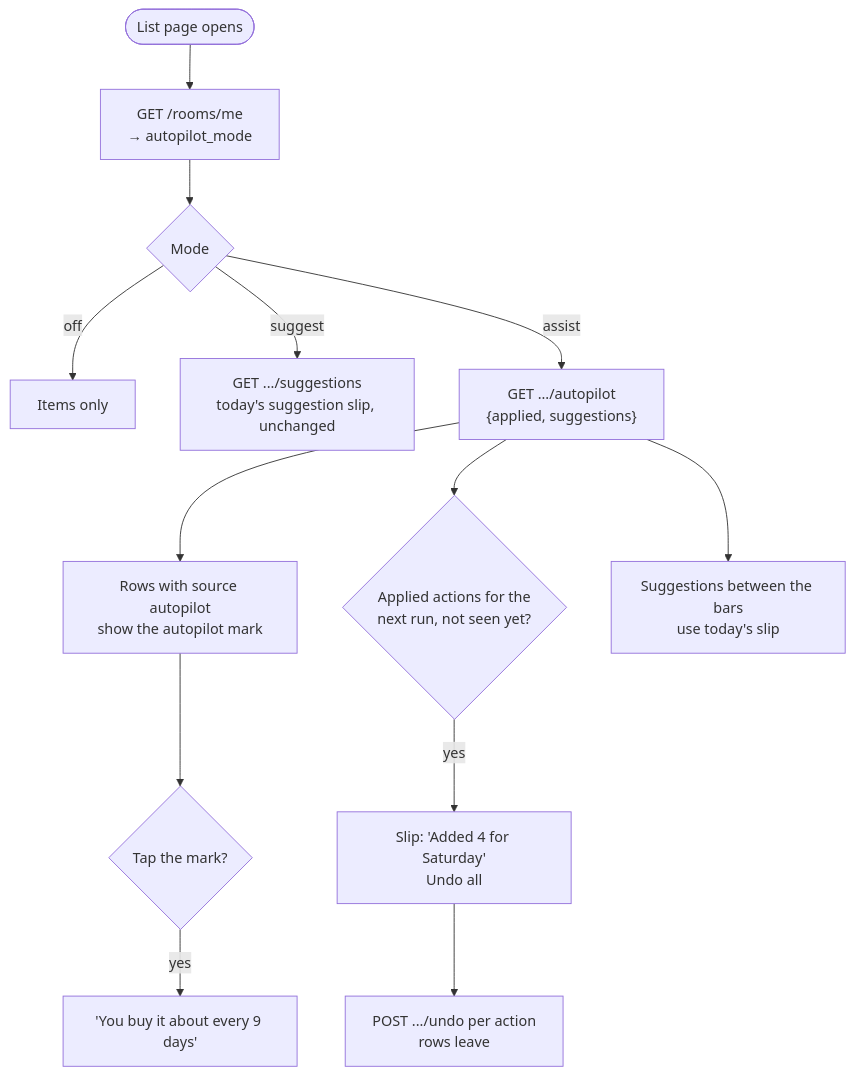
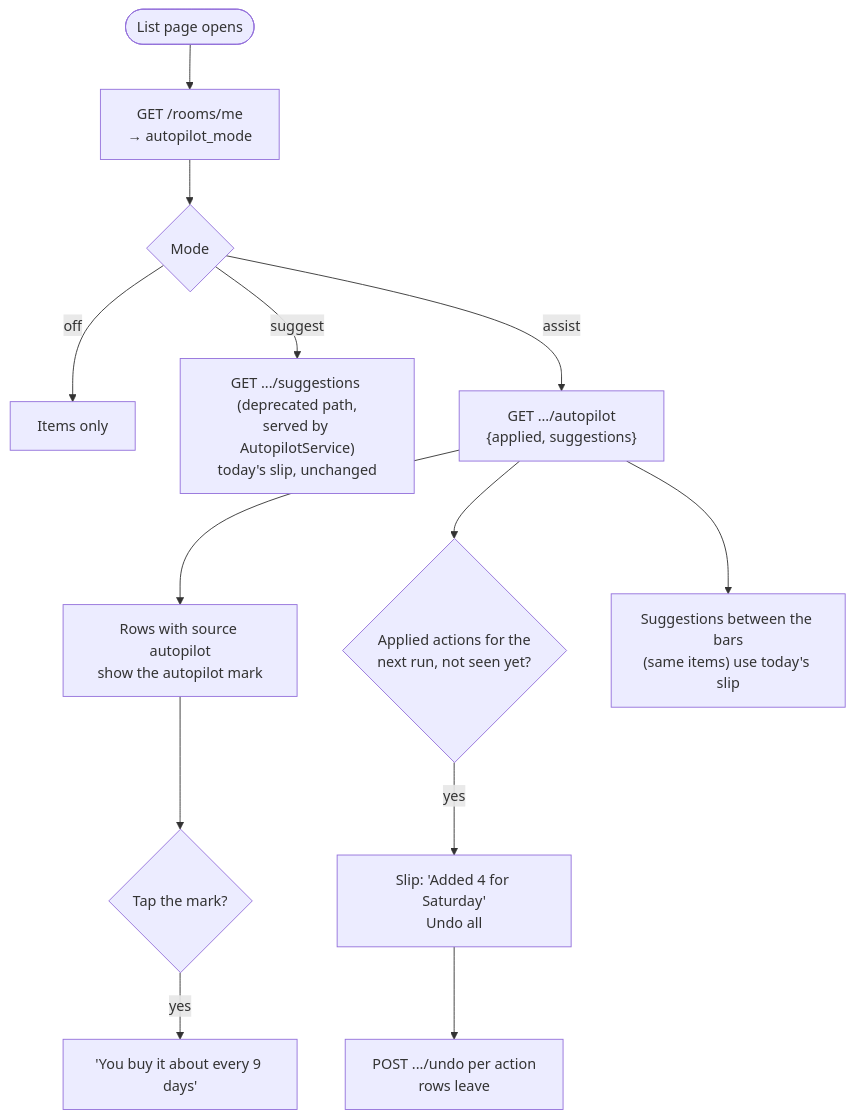
Before and after one commit to janvillarosa/gracie-app: diagram 11 of 11 in docs/superpowers/plans/2026-10-17-autopilot-engine.md, drawn with Mermaid. The commit also changed other lines of this file, not shown here.

Commit message:
docs(autopilot): plan v3, one service and one candidate pipeline

````diff
--- a/docs/superpowers/plans/2026-10-17-autopilot-engine.md
+++ b/docs/superpowers/plans/2026-10-17-autopilot-engine.md
@@ -440,15 +473,15 @@
 ```mermaid
 flowchart TD
     O([List page opens]) --> R["GET /rooms/me<br/>→ autopilot_mode"]
     R --> M{Mode}
     M -- off --> PLAIN[Items only]
-    M -- suggest --> SUGG["GET .../suggestions<br/>today's suggestion slip, unchanged"]
+    M -- suggest --> SUGG["GET .../suggestions (deprecated path,<br/>served by AutopilotService)<br/>today's slip, unchanged"]
     M -- assist --> AP["GET .../autopilot<br/>{applied, suggestions}"]
     AP --> MARK["Rows with source autopilot<br/>show the autopilot mark"]
     MARK --> TAP{"Tap the mark?"}
     TAP -- yes --> WHY["'You buy it about every 9 days'"]
     AP --> SLIP{"Applied actions for the<br/>next run, not seen yet?"}
     SLIP -- yes --> S["Slip: 'Added 4 for Saturday'<br/>Undo all"]
     S --> UA["POST .../undo per action<br/>rows leave"]
-    AP --> FB["Suggestions between the bars<br/>use today's slip"]
+    AP --> FB["Suggestions between the bars<br/>(same items) use today's slip"]
 ```
````
